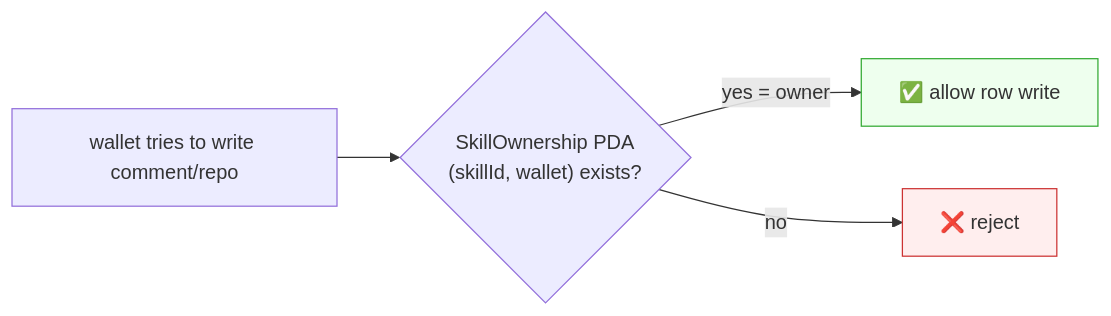
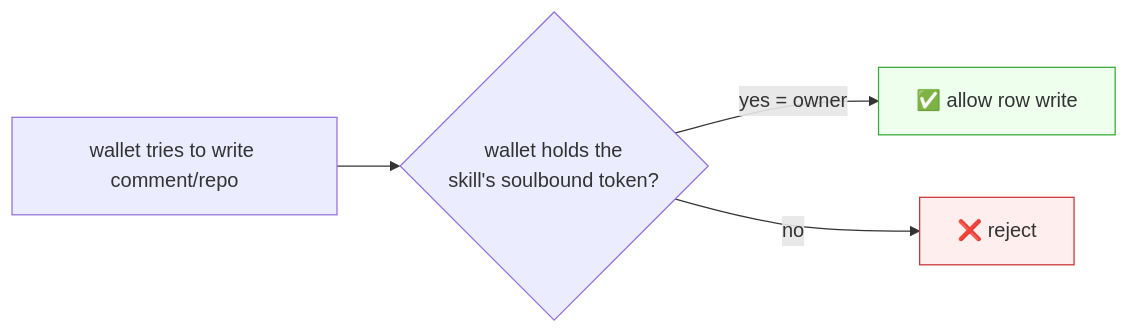
The second of 3 diagrams in plans/reputation-wrapper.md (IQCoreTeam/AgentNet), drawn with Mermaid before and after one commit. The commit also changed other lines of this file and 5 other files, not shown here.

First line of the commit message:
Adopt Token-2022 semi-fungible as the NFT model; drop custom SkillOwnership PDA

````diff
--- a/plans/reputation-wrapper.md
+++ b/plans/reputation-wrapper.md
@@ -73,8 +73,8 @@
 ```mermaid
 flowchart LR
-    W["wallet tries to write comment/repo"] --> Q{"SkillOwnership PDA<br/>(skillId, wallet) exists?"}
+    W["wallet tries to write comment/repo"] --> Q{"wallet holds the<br/>skill's soulbound token?"}
     Q -->|yes = owner| Y["✅ allow row write"]
     Q -->|no| N["❌ reject"]
     style Y fill:#efe,stroke:#3a3
     style N fill:#fee,stroke:#c33
 ```
````
